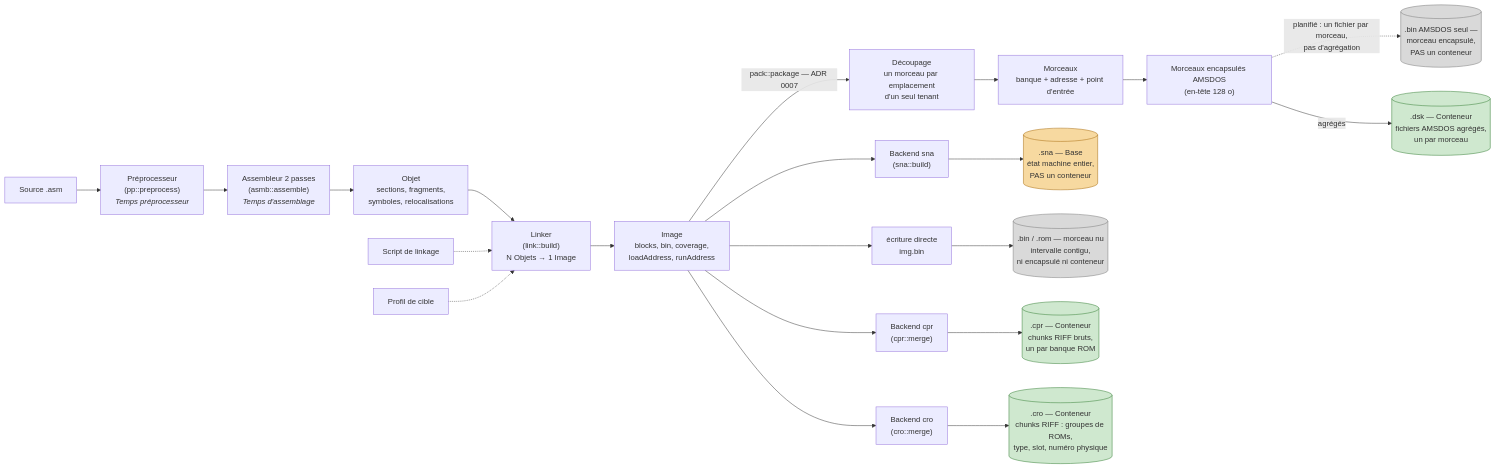
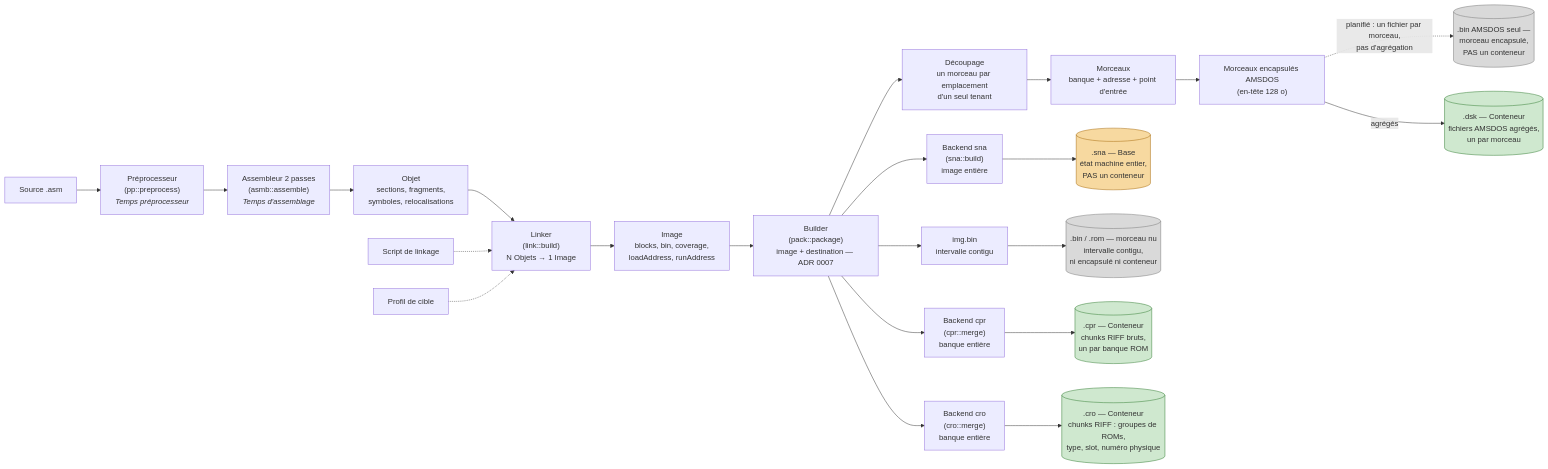
The diagram in README.md (sikorama/fantams), drawn with Mermaid before and after one commit. The commit also changed other lines of this file and 18 other files, not shown here.

Commit message:
export pipeline: includes sna, cpr, cro

````diff
--- a/README.md
+++ b/README.md
@@ -400,35 +400,36 @@
 ```mermaid
 flowchart LR
   A["Source .asm"] --> PP["Préprocesseur<br/>(pp::preprocess)<br/><i>Temps préprocesseur</i>"]
   PP --> ASM["Assembleur 2 passes<br/>(asmb::assemble)<br/><i>Temps d'assemblage</i>"]
   ASM --> OBJ["Objet<br/>sections, fragments,<br/>symboles, relocalisations"]
 
   OBJ --> LNK["Linker<br/>(link::build)<br/>N Objets → 1 Image"]
   SCR["Script de linkage"] -.-> LNK
   PRF["Profil de cible"] -.-> LNK
   LNK --> IMG["Image<br/>blocks, bin, coverage,<br/>loadAddress, runAddress"]
 
-  IMG --> SNA["Backend sna<br/>(sna::build)"]
-  IMG --> RAW["écriture directe<br/>img.bin"]
-  IMG --> CPR["Backend cpr<br/>(cpr::merge)"]
-  IMG --> CRO["Backend cro<br/>(cro::merge)"]
-  IMG -->|"pack::package — ADR 0007"| DEC["Découpage<br/>un morceau par emplacement<br/>d'un seul tenant"]
+  IMG --> PACK["Builder<br/>(pack::package)<br/>image + destination — ADR 0007"]
+  PACK --> SNA["Backend sna<br/>(sna::build)<br/>image entière"]
+  PACK --> RAW["img.bin<br/>intervalle contigu"]
+  PACK --> CPR["Backend cpr<br/>(cpr::merge)<br/>banque entière"]
+  PACK --> CRO["Backend cro<br/>(cro::merge)<br/>banque entière"]
+  PACK --> DEC["Découpage<br/>un morceau par emplacement<br/>d'un seul tenant"]
 
   DEC --> MOR["Morceaux<br/>banque + adresse + point d'entrée"]
   MOR --> MORENC["Morceaux encapsulés AMSDOS<br/>(en-tête 128 o)"]
 
   SNA --> OUT_SNA[(".sna — Base<br/>état machine entier,<br/>PAS un conteneur")]
   RAW --> OUT_BIN[(".bin / .rom — morceau nu<br/>intervalle contigu,<br/>ni encapsulé ni conteneur")]
   MORENC -.->|"planifié : un fichier par morceau,<br/>pas d'agrégation"| OUT_AMSDOS_ALONE[(".bin AMSDOS seul —<br/>morceau encapsulé,<br/>PAS un conteneur")]
   CPR --> OUT_CPR[(".cpr — Conteneur<br/>chunks RIFF bruts,<br/>un par banque ROM")]
   MORENC -->|"agrégés"| OUT_DSK[(".dsk — Conteneur<br/>fichiers AMSDOS agrégés,<br/>un par morceau")]
   CRO --> OUT_CRO[(".cro — Conteneur<br/>chunks RIFF : groupes de ROMs,<br/>type, slot, numéro physique")]
 
   classDef container fill:#cfe8cf,stroke:#2f7a2f;
   classDef base fill:#f7d9a0,stroke:#a5680a;
   classDef piece fill:#d9d9d9,stroke:#777;
 
   class OUT_CPR,OUT_DSK,OUT_CRO container;
   class OUT_SNA base;
   class OUT_BIN,OUT_AMSDOS_ALONE piece;
 ```
````
